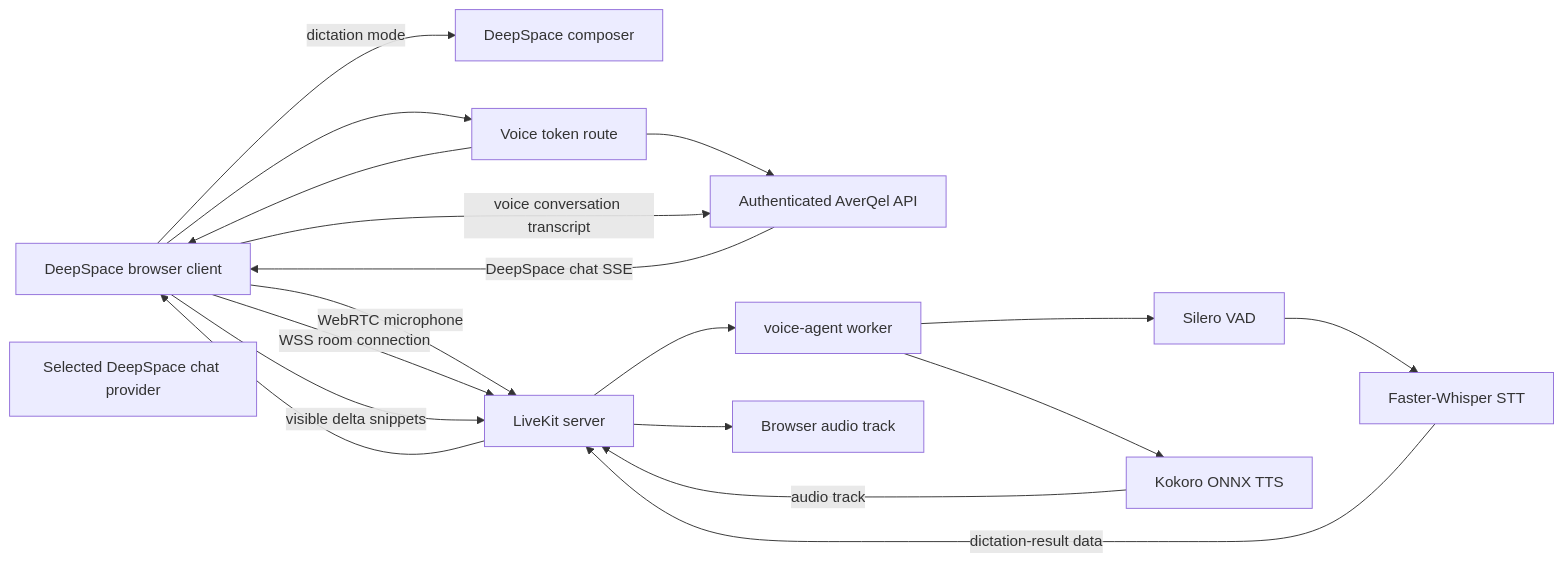
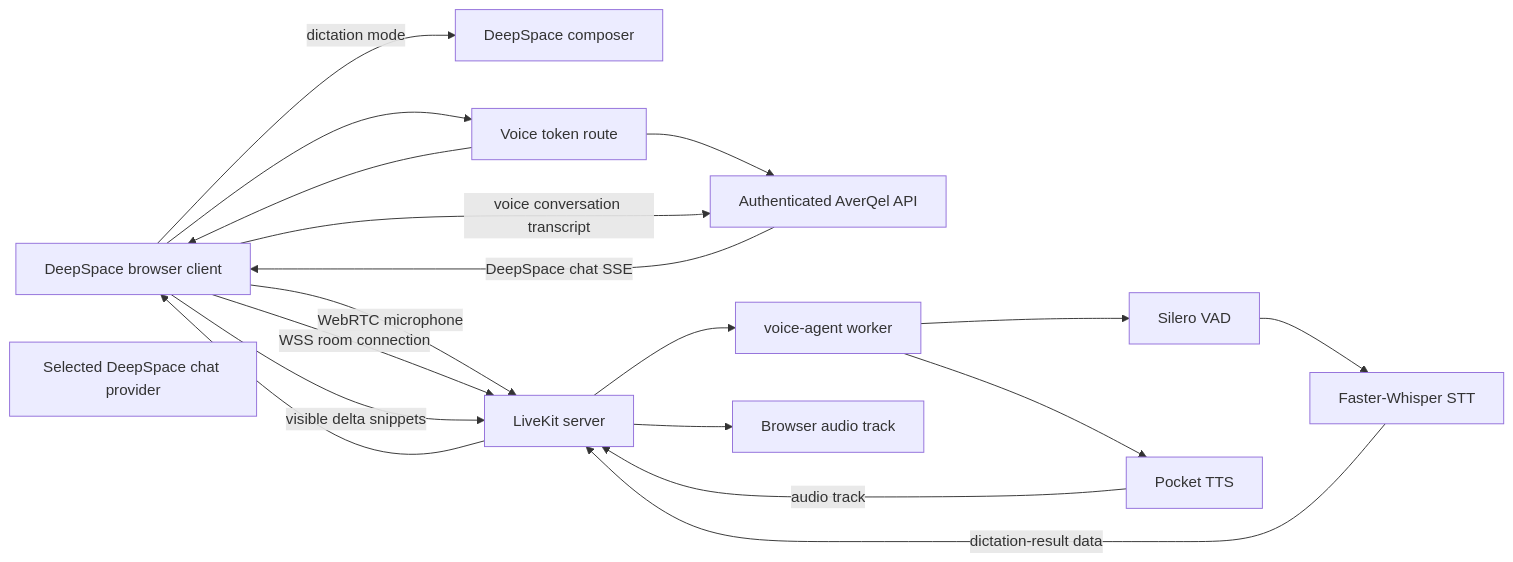
The first of 4 diagrams in backend/docs/capabilities/11-voice-and-realtime-audio.md (sainibhaowal/AverQel), drawn with Mermaid before and after one commit. The commit also changed other lines of this file and 27 other files, not shown here.

```diff
--- a/backend/docs/capabilities/11-voice-and-realtime-audio.md
+++ b/backend/docs/capabilities/11-voice-and-realtime-audio.md
@@ -71,32 +71,32 @@
 ~~~mermaid
 flowchart LR
     Browser[DeepSpace browser client]
     Composer[DeepSpace composer]
     API[Authenticated AverQel API]
     Token[Voice token route]
     LK[LiveKit server]
     Agent[voice-agent worker]
     VAD[Silero VAD]
     STT[Faster-Whisper STT]
     Provider[Selected DeepSpace chat provider]
-    TTS[Kokoro ONNX TTS]
+    TTS[Pocket TTS]
     Audio[Browser audio track]
 
     Browser --> Token
     Token --> API
     Token --> Browser
     Browser -->|WebRTC microphone| LK
     Browser -->|WSS room connection| LK
     LK --> Agent
     Agent --> VAD
     VAD --> STT
     STT -->|dictation-result data| LK
     LK --> Browser
     Browser -->|dictation mode| Composer
     Browser -->|voice conversation transcript| API
     API -->|DeepSpace chat SSE| Browser
     Browser -->|visible delta snippets| LK
     Agent --> TTS
     TTS -->|audio track| LK
     LK --> Audio
 ~~~
```
